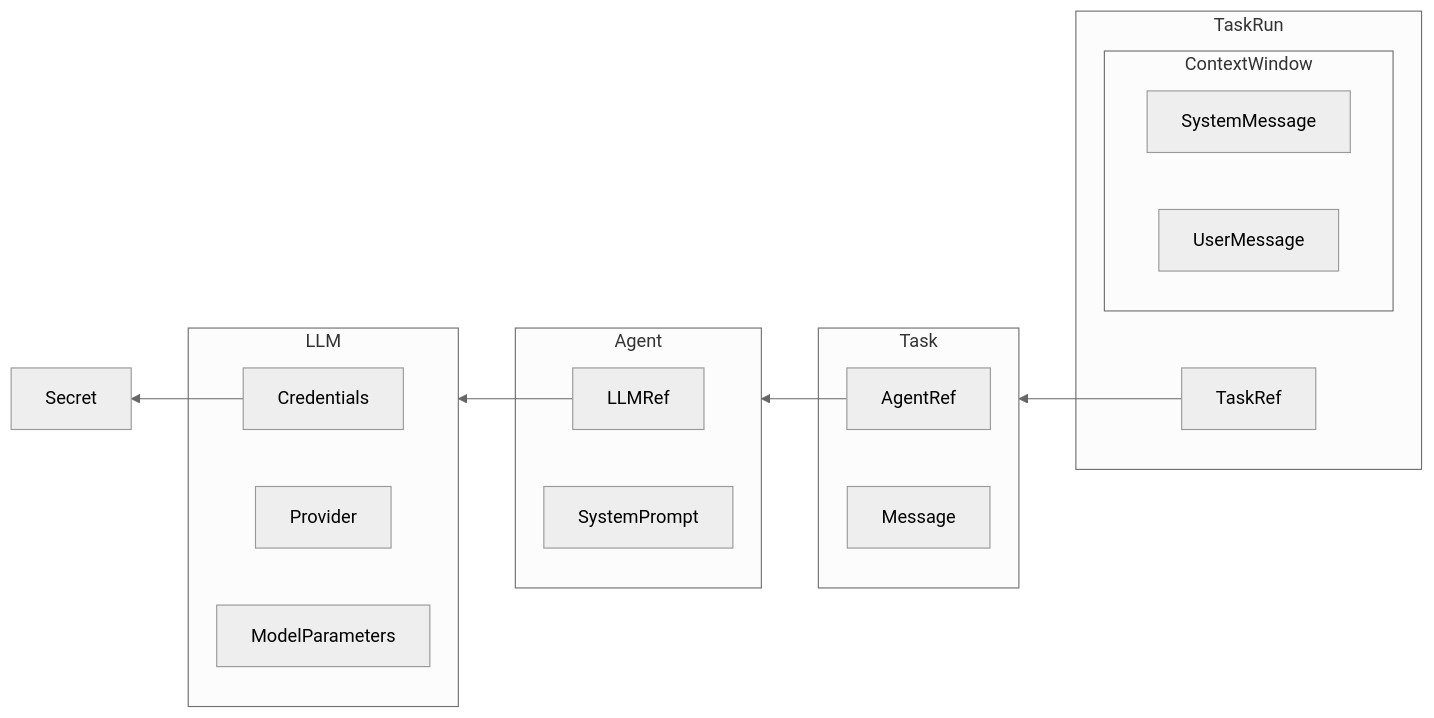
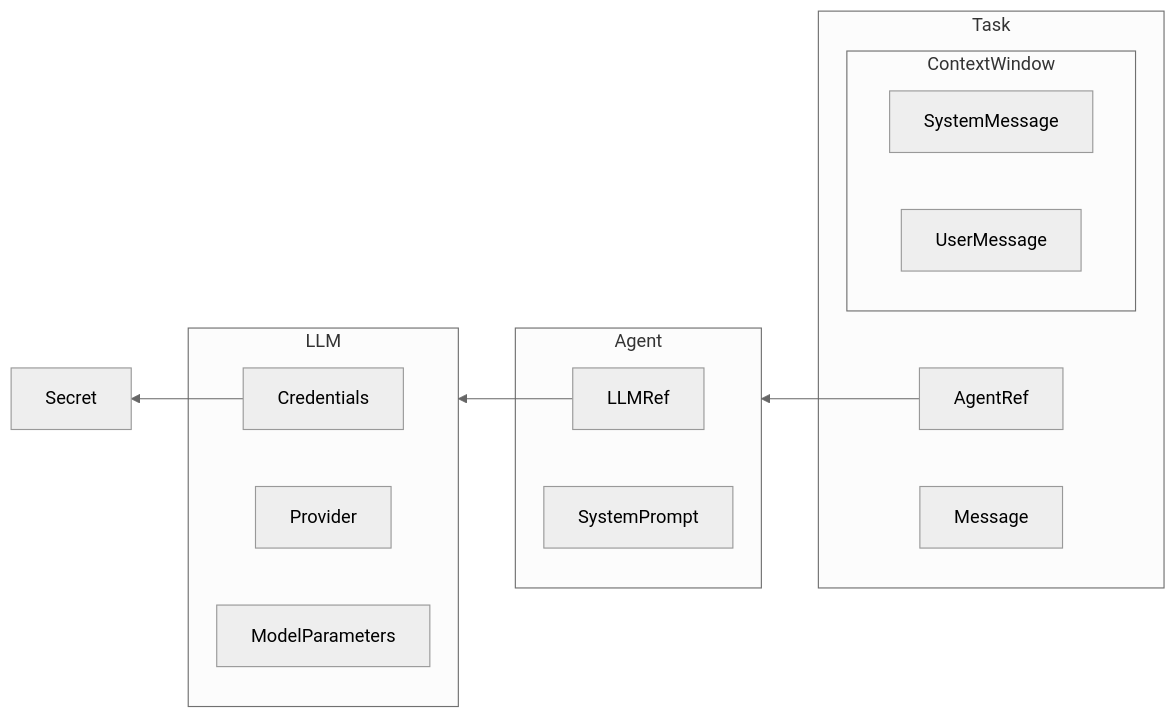
One commit to humanlayer/smallchain changed the fourth of 5 diagrams in README.md. Above: the diagram before and after it, drawn with Mermaid (neutral theme). The commit also changed other lines of this file and 3 other files, not shown here.

````diff
--- a/README.md
+++ b/README.md
@@ -418,38 +405,33 @@
 ```mermaid
 graph RL
     Agent
     LLM
     Secret
 
     LLMRef --> LLM
     Credentials --> Secret
     AgentRef --> Agent
-    TaskRef --> Task
 
 
     subgraph LLM
       Provider
       Credentials
       ModelParameters
     end
 
     subgraph Agent
       LLMRef
       SystemPrompt
     end
 
     subgraph Task
       AgentRef
       Message
-    end
-
-    subgraph TaskRun
-      TaskRef
       subgraph ContextWindow
         direction LR
         SystemMessage
         UserMessage
       end
     end
 
 ```
````
